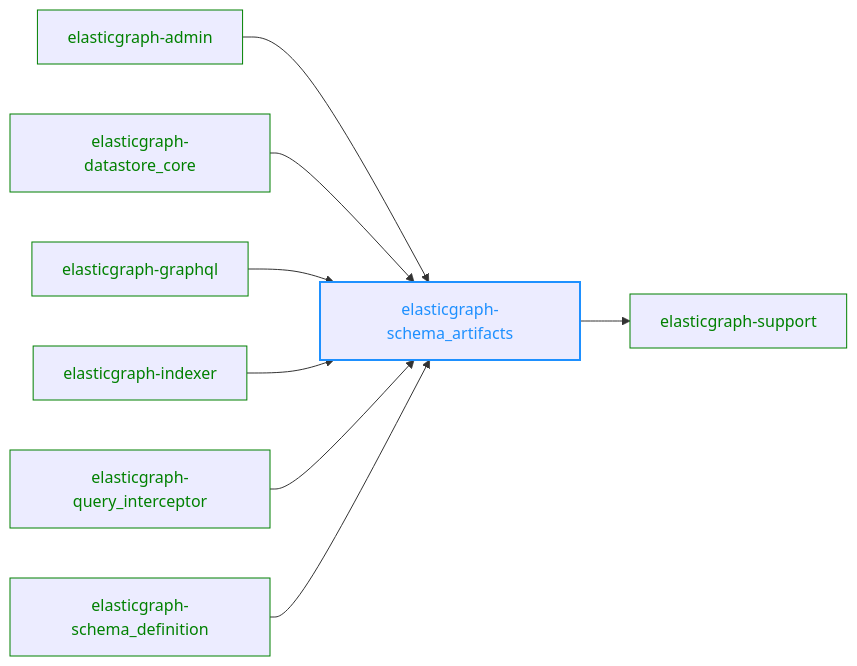
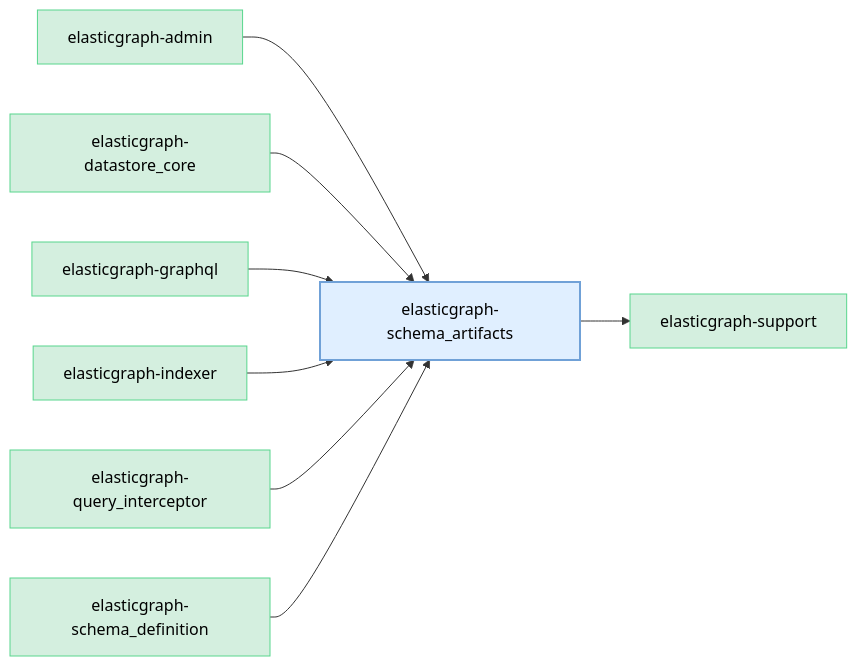
The diagram in elasticgraph-schema_artifacts/README.md (block/elasticgraph), drawn with Mermaid before and after one commit. The commit also changed 23 other files, not shown here.

````diff
--- a/elasticgraph-schema_artifacts/README.md
+++ b/elasticgraph-schema_artifacts/README.md
@@ -7,26 +7,29 @@
 ```mermaid
 graph LR;
+    classDef currentGemStyle fill:#E0EFFF,stroke:#70A1D7,color:#000,stroke-width:2px;
+    classDef internalEgGemStyle fill:#D4EFDF,stroke:#58D68D,color:#000;
+    classDef externalGemStyle fill:#FADBD8,stroke:#EC7063,color:#000;
     elasticgraph-schema_artifacts["elasticgraph-schema_artifacts"];
+    class elasticgraph-schema_artifacts currentGemStyle;
     elasticgraph-support["elasticgraph-support"];
     elasticgraph-schema_artifacts --> elasticgraph-support;
+    class elasticgraph-support internalEgGemStyle;
     elasticgraph-admin["elasticgraph-admin"];
     elasticgraph-admin --> elasticgraph-schema_artifacts;
+    class elasticgraph-admin internalEgGemStyle;
     elasticgraph-datastore_core["elasticgraph-datastore_core"];
     elasticgraph-datastore_core --> elasticgraph-schema_artifacts;
+    class elasticgraph-datastore_core internalEgGemStyle;
     elasticgraph-graphql["elasticgraph-graphql"];
     elasticgraph-graphql --> elasticgraph-schema_artifacts;
+    class elasticgraph-graphql internalEgGemStyle;
     elasticgraph-indexer["elasticgraph-indexer"];
     elasticgraph-indexer --> elasticgraph-schema_artifacts;
+    class elasticgraph-indexer internalEgGemStyle;
     elasticgraph-query_interceptor["elasticgraph-query_interceptor"];
     elasticgraph-query_interceptor --> elasticgraph-schema_artifacts;
+    class elasticgraph-query_interceptor internalEgGemStyle;
     elasticgraph-schema_definition["elasticgraph-schema_definition"];
     elasticgraph-schema_definition --> elasticgraph-schema_artifacts;
-    style elasticgraph-schema_artifacts color:DodgerBlue,stroke-width:2px,stroke:DodgerBlue;
-    style elasticgraph-support color:Green,stroke:Green;
-    style elasticgraph-admin color:Green,stroke:Green;
-    style elasticgraph-datastore_core color:Green,stroke:Green;
-    style elasticgraph-graphql color:Green,stroke:Green;
-    style elasticgraph-indexer color:Green,stroke:Green;
-    style elasticgraph-query_interceptor color:Green,stroke:Green;
-    style elasticgraph-schema_definition color:Green,stroke:Green;
+    class elasticgraph-schema_definition internalEgGemStyle;
 ```
````
